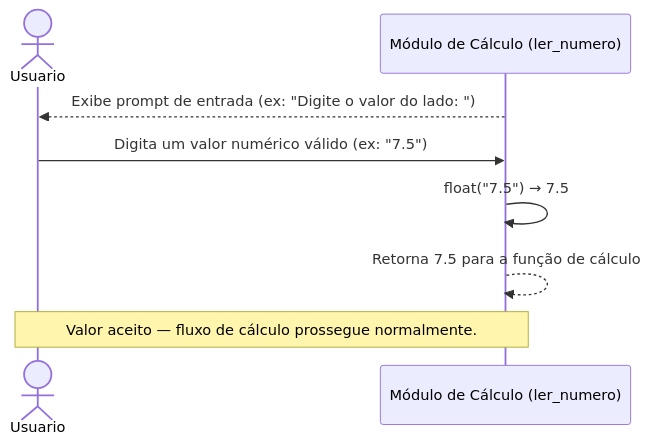
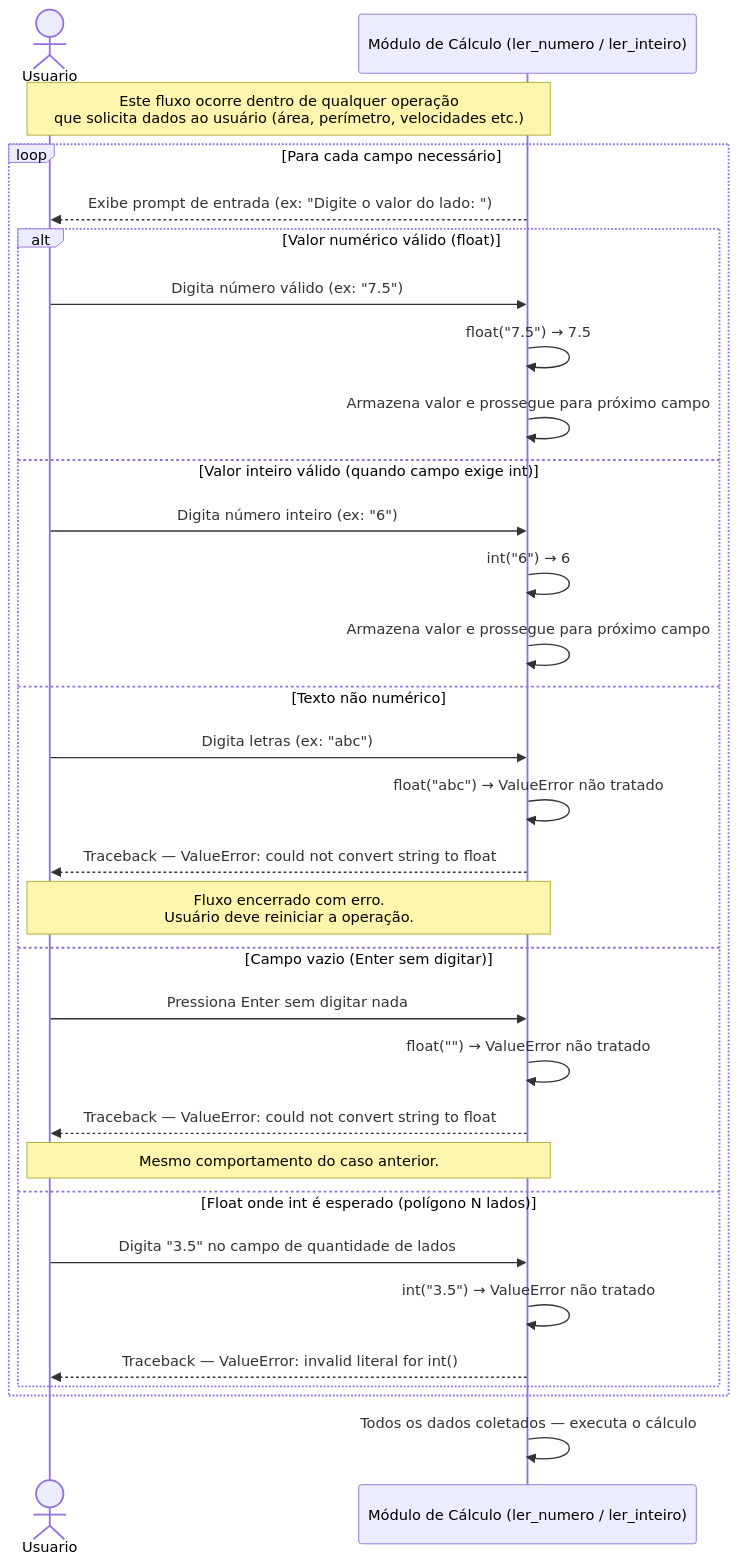
The diagram in Docs/Diagramas de sequência/DS_US09_InformarDados.md (software-engineering-labs-ifrn/2026-1-Jonathan), drawn with Mermaid before and after one commit. The commit also changed other lines of this file and 10 other files, not shown here.

Commit message:
Fix: corrige diagramas

````diff
--- a/Docs/Diagramas de sequência/DS_US09_InformarDados.md
+++ b/Docs/Diagramas de sequência/DS_US09_InformarDados.md
@@ -11,11 +7,41 @@
 ```mermaid
 sequenceDiagram
     actor Usuario
-    participant Calc as Módulo de Cálculo (ler_numero)
+    participant Calc as Módulo de Cálculo (ler_numero / ler_inteiro)
 
-    Calc-->>Usuario: Exibe prompt de entrada (ex: "Digite o valor do lado: ")
-    Usuario->>Calc: Digita um valor numérico válido (ex: "7.5")
-    Calc->>Calc: float("7.5") → 7.5
-    Calc-->>Calc: Retorna 7.5 para a função de cálculo
-    Note over Calc,Usuario: Valor aceito — fluxo de cálculo prossegue normalmente.
+    Note over Usuario,Calc: Este fluxo ocorre dentro de qualquer operação<br/>que solicita dados ao usuário (área, perímetro, velocidades etc.)
+
+    loop Para cada campo necessário
+        Calc-->>Usuario: Exibe prompt de entrada (ex: "Digite o valor do lado: ")
+
+        alt Valor numérico válido (float)
+            Usuario->>Calc: Digita número válido (ex: "7.5")
+            Calc->>Calc: float("7.5") → 7.5
+            Calc->>Calc: Armazena valor e prossegue para próximo campo
+
+        else Valor inteiro válido (quando campo exige int)
+            Usuario->>Calc: Digita número inteiro (ex: "6")
+            Calc->>Calc: int("6") → 6
+            Calc->>Calc: Armazena valor e prossegue para próximo campo
+
+        else Texto não numérico
+            Usuario->>Calc: Digita letras (ex: "abc")
+            Calc->>Calc: float("abc") → ValueError não tratado
+            Calc-->>Usuario: Traceback — ValueError: could not convert string to float
+            Note over Usuario,Calc: Fluxo encerrado com erro.<br/>Usuário deve reiniciar a operação.
+
+        else Campo vazio (Enter sem digitar)
+            Usuario->>Calc: Pressiona Enter sem digitar nada
+            Calc->>Calc: float("") → ValueError não tratado
+            Calc-->>Usuario: Traceback — ValueError: could not convert string to float
+            Note over Usuario,Calc: Mesmo comportamento do caso anterior.
+
+        else Float onde int é esperado (polígono N lados)
+            Usuario->>Calc: Digita "3.5" no campo de quantidade de lados
+            Calc->>Calc: int("3.5") → ValueError não tratado
+            Calc-->>Usuario: Traceback — ValueError: invalid literal for int()
+        end
+    end
+
+    Calc->>Calc: Todos os dados coletados — executa o cálculo
 ```
````
